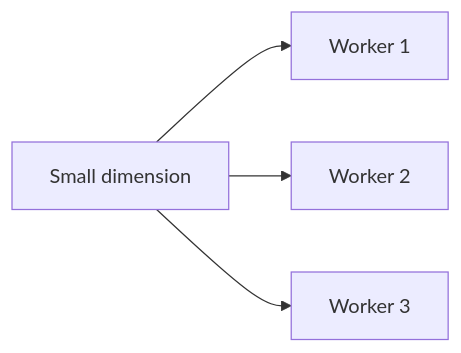
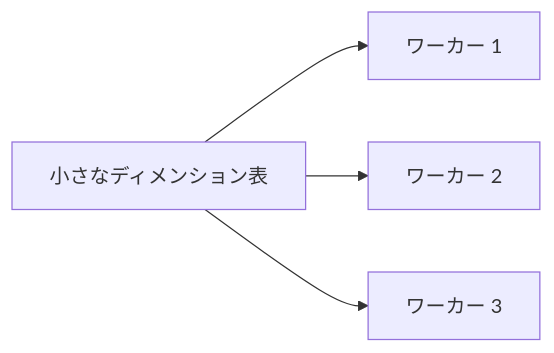
The eighth of 8 diagrams in src/content/docs/03-query-processing/08-join-algorithms.md (hirunebot/database-systems-book), drawn with Mermaid before and after one commit. The commit also changed other lines of this file and 42 other files, not shown here.

````diff
--- a/src/content/docs/03-query-processing/08-join-algorithms.md
+++ b/src/content/docs/03-query-processing/08-join-algorithms.md
@@ -307,6 +307,6 @@
 ```mermaid
 flowchart LR
-    Small["Small dimension"] --> W1["Worker 1"]
-    Small --> W2["Worker 2"]
-    Small --> W3["Worker 3"]
+    Small["小さなディメンション表"] --> W1["ワーカー 1"]
+    Small --> W2["ワーカー 2"]
+    Small --> W3["ワーカー 3"]
 ```
````
